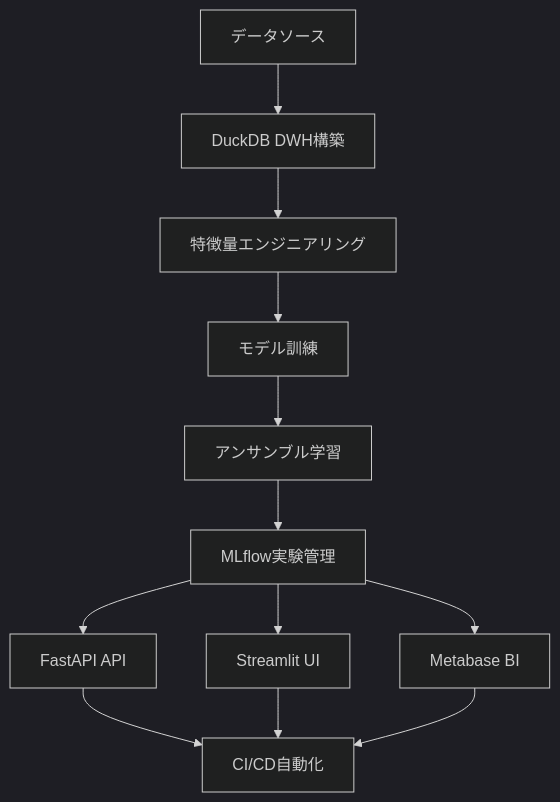
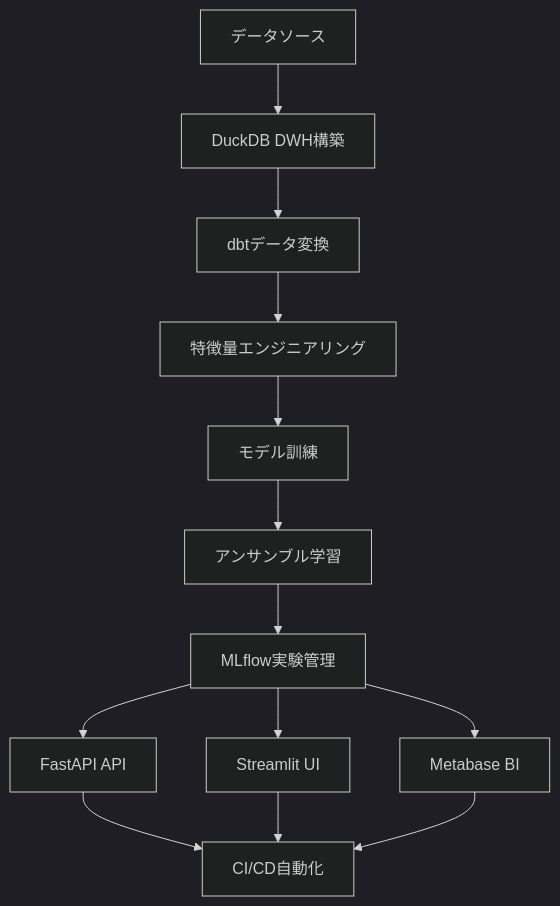
Before and after one commit to kurosawa-kuro/fullstack-mlops: the diagram in README.md, drawn with Mermaid (dark theme). The commit also changed other lines of this file, not shown here.

````diff
--- a/README.md
+++ b/README.md
@@ -113,14 +114,15 @@
 ```mermaid
 graph TD
     A[データソース] --> B[DuckDB DWH構築]
-    B --> C[特徴量エンジニアリング]
-    C --> D[モデル訓練]
-    D --> E[アンサンブル学習]
-    E --> F[MLflow実験管理]
-    F --> G[FastAPI API]
-    F --> H[Streamlit UI]
-    F --> I[Metabase BI]
-    G --> J[CI/CD自動化]
-    H --> J
-    I --> J
+    B --> C[dbtデータ変換]
+    C --> D[特徴量エンジニアリング]
+    D --> E[モデル訓練]
+    E --> F[アンサンブル学習]
+    F --> G[MLflow実験管理]
+    G --> H[FastAPI API]
+    G --> I[Streamlit UI]
+    G --> J[Metabase BI]
+    H --> K[CI/CD自動化]
+    I --> K
+    J --> K
 ```
````
